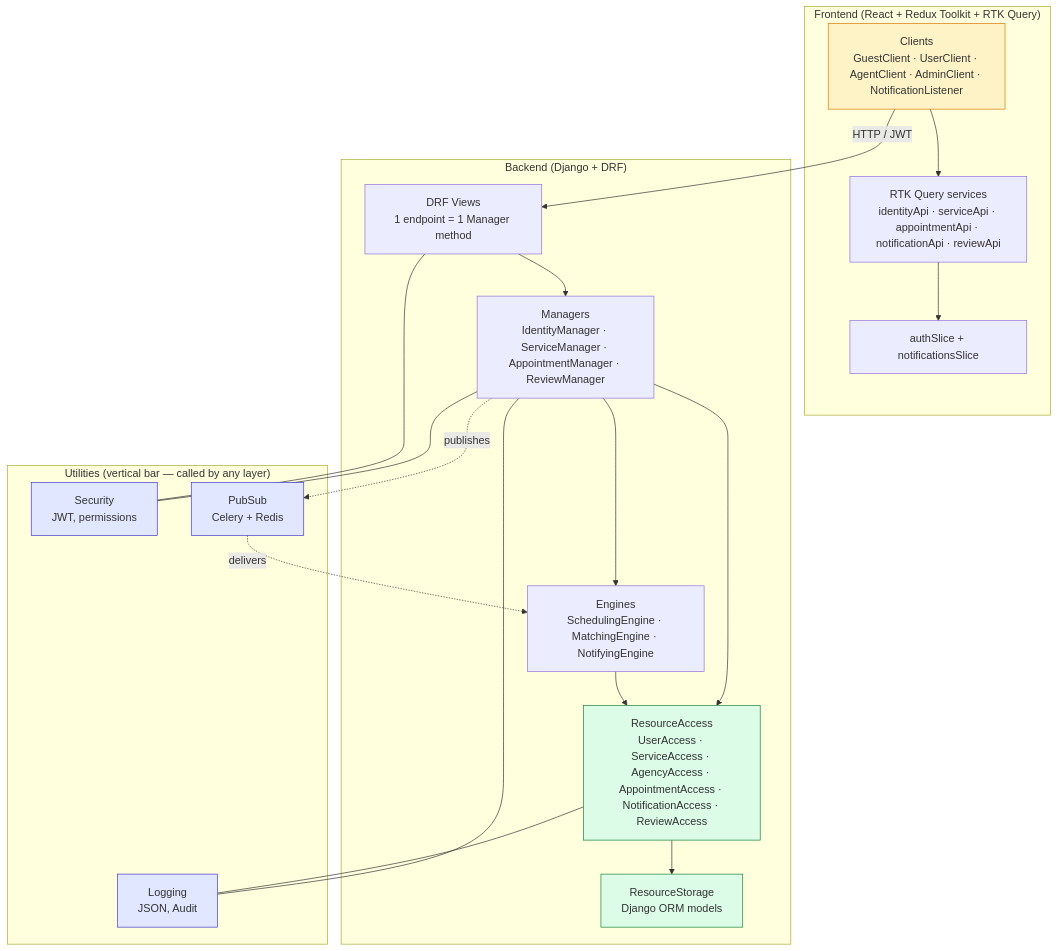
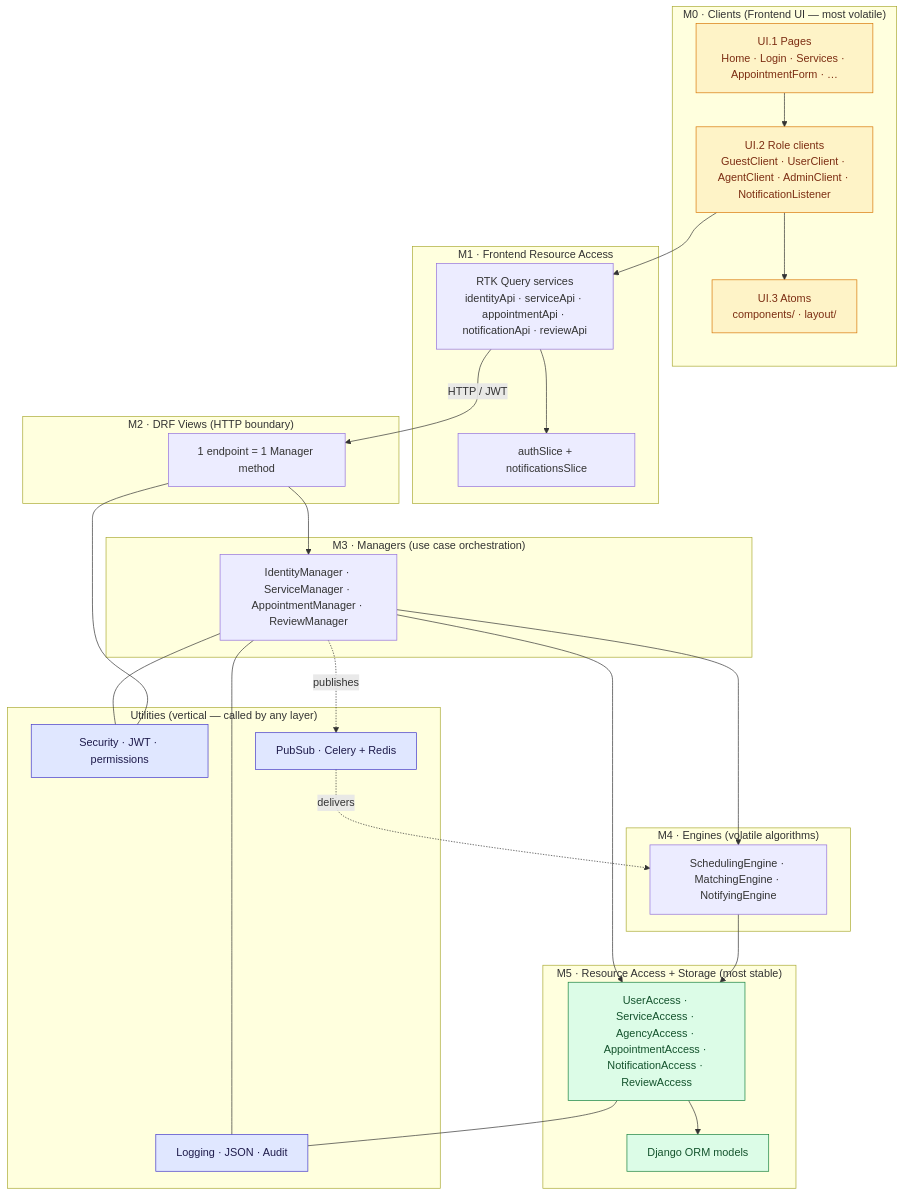
One commit to Jihed17/bna-bank changed the first of 3 diagrams in docs/01-architecture.md. Above: the diagram before and after it, drawn with Mermaid. The commit also changed other lines of this file and 65 other files, not shown here.

````diff
--- a/docs/01-architecture.md
+++ b/docs/01-architecture.md
@@ -7,42 +26,53 @@
 ```mermaid
 flowchart TB
-    subgraph Frontend ["Frontend (React + Redux Toolkit + RTK Query)"]
-        C[Clients<br/>GuestClient · UserClient · AgentClient · AdminClient · NotificationListener]
+    subgraph M0 ["M0 · Clients (Frontend UI — most volatile)"]
+        C[UI.1 Pages<br/>Home · Login · Services · AppointmentForm · …]
+        CL[UI.2 Role clients<br/>GuestClient · UserClient · AgentClient · AdminClient · NotificationListener]
+        AT[UI.3 Atoms<br/>components/ · layout/]
+    end
+    subgraph M1 ["M1 · Frontend Resource Access"]
         RTK[RTK Query services<br/>identityApi · serviceApi · appointmentApi · notificationApi · reviewApi]
         AUTH_S[authSlice + notificationsSlice]
     end
-    subgraph Backend ["Backend (Django + DRF)"]
-        V[DRF Views<br/>1 endpoint = 1 Manager method]
-        M[Managers<br/>IdentityManager · ServiceManager · AppointmentManager · ReviewManager]
-        E[Engines<br/>SchedulingEngine · MatchingEngine · NotifyingEngine]
-        A[ResourceAccess<br/>UserAccess · ServiceAccess · AgencyAccess · AppointmentAccess · NotificationAccess · ReviewAccess]
-        S[ResourceStorage<br/>Django ORM models]
+    subgraph M2 ["M2 · DRF Views (HTTP boundary)"]
+        V[1 endpoint = 1 Manager method]
     end
-    subgraph Utilities ["Utilities (vertical bar — called by any layer)"]
-        SEC[Security<br/>JWT, permissions]
-        PS[PubSub<br/>Celery + Redis]
-        LOG[Logging<br/>JSON, Audit]
+    subgraph M3 ["M3 · Managers (use case orchestration)"]
+        M[IdentityManager · ServiceManager · AppointmentManager · ReviewManager]
+    end
+    subgraph M4 ["M4 · Engines (volatile algorithms)"]
+        E[SchedulingEngine · MatchingEngine · NotifyingEngine]
+    end
+    subgraph M5 ["M5 · Resource Access + Storage (most stable)"]
+        A[UserAccess · ServiceAccess · AgencyAccess · AppointmentAccess · NotificationAccess · ReviewAccess]
+        S[Django ORM models]
+    end
+    subgraph UTIL ["Utilities (vertical — called by any layer)"]
+        SEC[Security · JWT · permissions]
+        PS[PubSub · Celery + Redis]
+        LOG[Logging · JSON · Audit]
     end
 
-    C -->|HTTP / JWT| V
-    C --> RTK --> AUTH_S
+    C --> CL --> AT
+    CL --> RTK --> AUTH_S
+    RTK -->|HTTP / JWT| V
     V --> M
     M --> E
     M --> A
     E --> A
     A --> S
     M -.publishes.-> PS
     PS -.delivers.-> E
 
     M --- SEC
     M --- LOG
     V --- SEC
     A --- LOG
 
-    classDef stable fill:#dcfce7,stroke:#15803d
-    classDef volatile fill:#fef3c7,stroke:#d97706
-    classDef util fill:#e0e7ff,stroke:#4338ca
+    classDef stable fill:#dcfce7,stroke:#15803d,color:#14532d
+    classDef volatile fill:#fef3c7,stroke:#d97706,color:#7c2d12
+    classDef util fill:#e0e7ff,stroke:#4338ca,color:#1e1b4b
     class S,A stable
-    class C volatile
+    class C,CL,AT volatile
     class SEC,PS,LOG util
 ```
````
